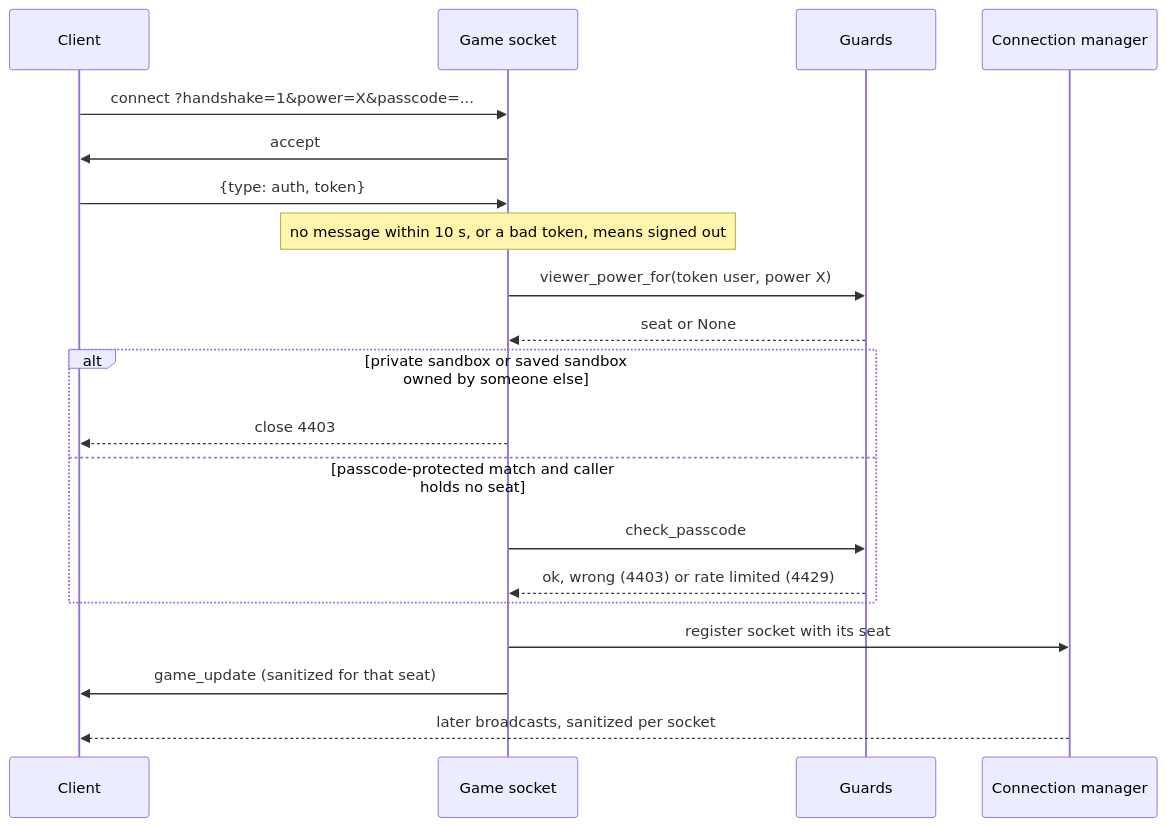
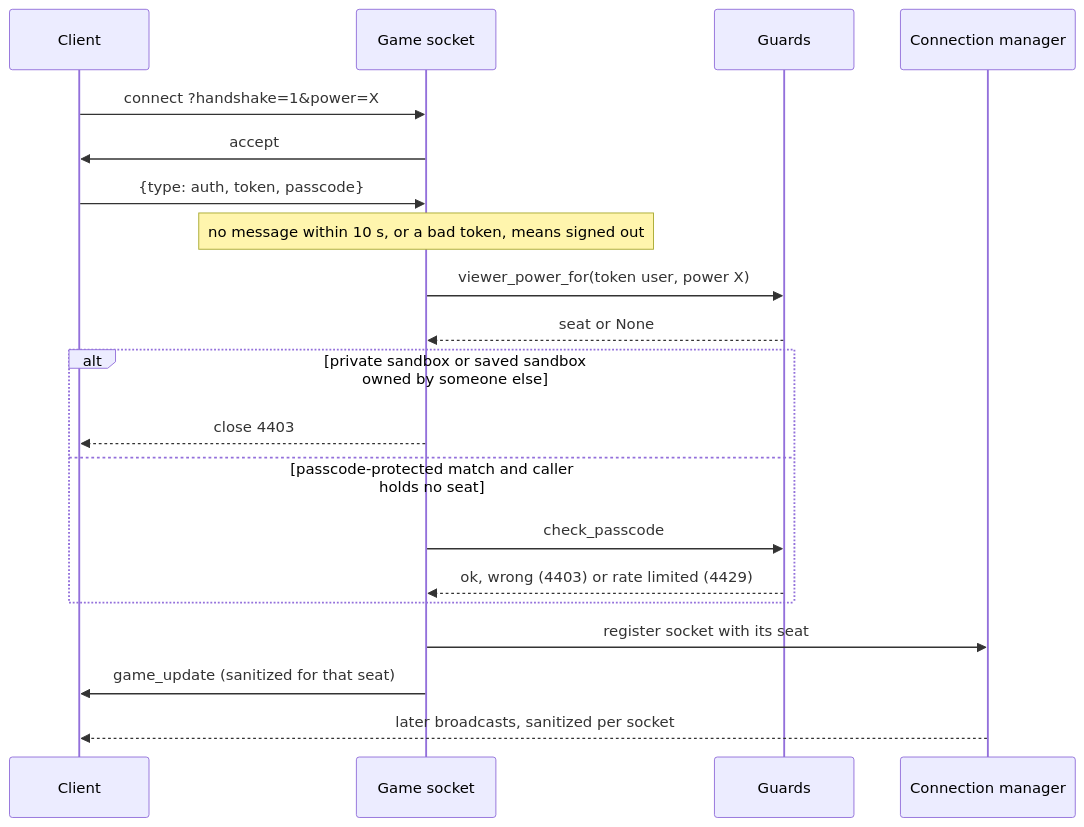
One commit to mjyousif/sloplomacy changed the third of 3 diagrams in docs/architecture/secrecy-and-authorization.md. Above: the diagram before and after it, drawn with Mermaid. The commit also changed other lines of this file and 29 other files, not shown here.

````diff
--- a/docs/architecture/secrecy-and-authorization.md
+++ b/docs/architecture/secrecy-and-authorization.md
@@ -88,22 +88,22 @@
 ```mermaid
 sequenceDiagram
     participant C as Client
     participant S as Game socket
     participant G as Guards
     participant M as Connection manager
-    C->>S: connect ?handshake=1&power=X&passcode=...
+    C->>S: connect ?handshake=1&power=X
     S->>C: accept
-    C->>S: {type: auth, token}
+    C->>S: {type: auth, token, passcode}
     Note over S: no message within 10 s, or a bad token, means signed out
     S->>G: viewer_power_for(token user, power X)
     G-->>S: seat or None
     alt private sandbox or saved sandbox owned by someone else
         S-->>C: close 4403
     else passcode-protected match and caller holds no seat
         S->>G: check_passcode
         G-->>S: ok, wrong (4403) or rate limited (4429)
     end
     S->>M: register socket with its seat
     S->>C: game_update (sanitized for that seat)
     M-->>C: later broadcasts, sanitized per socket
 ```
````
